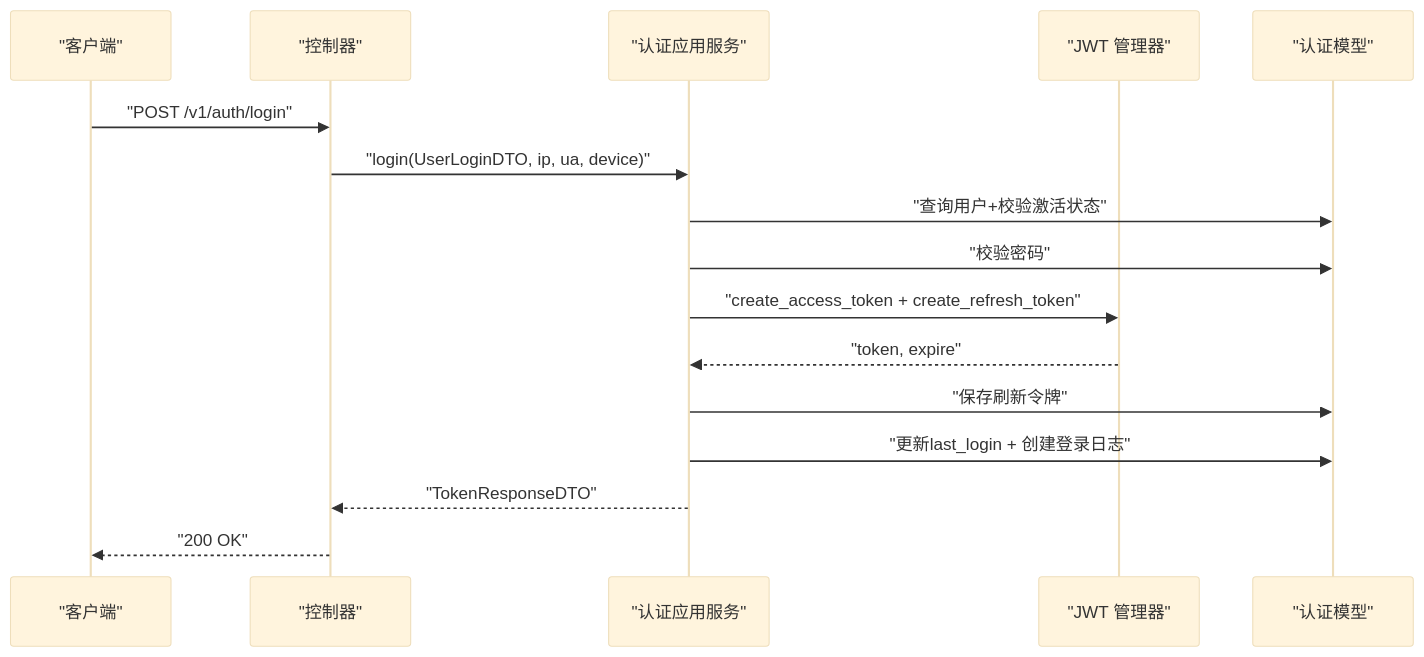
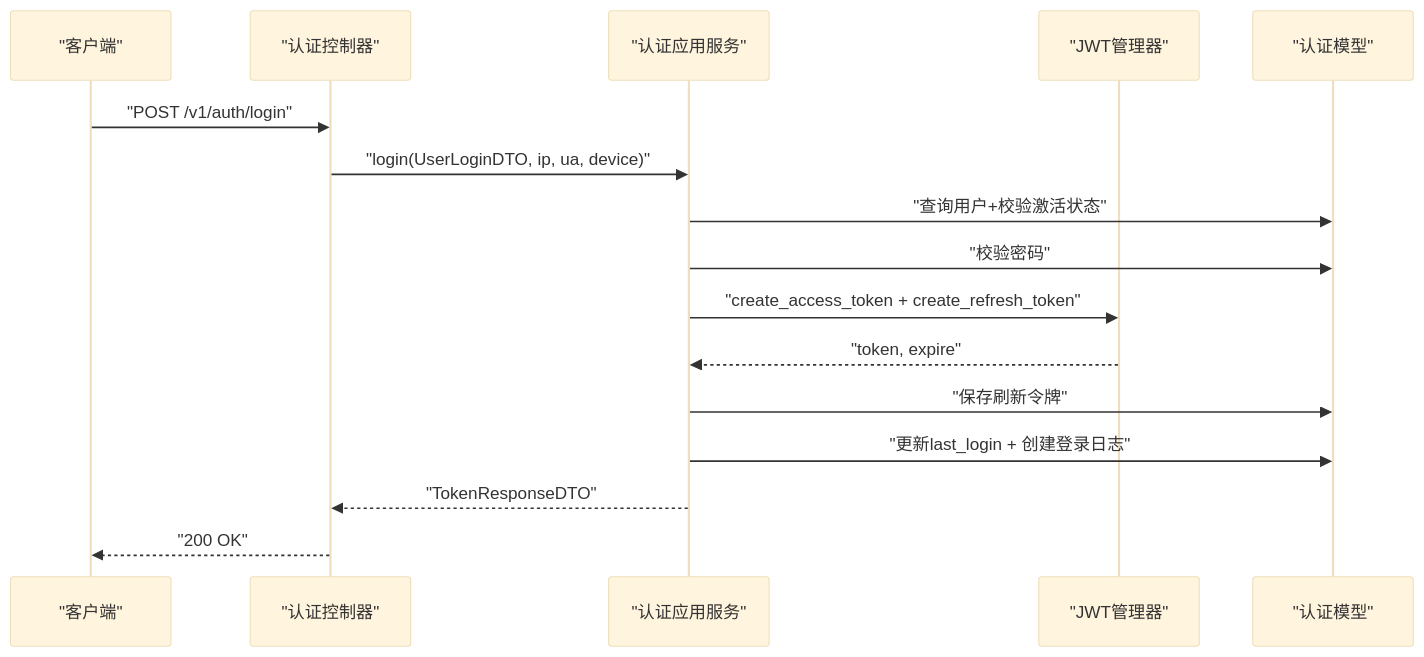
The third of 6 diagrams in .qoder/repowiki/zh/content/API 接口文档/认证接口.md (taoweidong/Hello-Django-Ninja-Api), drawn with Mermaid (base theme) before and after one commit. The commit also changed other lines of this file and 7 other files, not shown here.

````diff
--- a/.qoder/repowiki/zh/content/API 接口文档/认证接口.md
+++ b/.qoder/repowiki/zh/content/API 接口文档/认证接口.md
@@ -172,18 +143,18 @@
 ```mermaid
 sequenceDiagram
 participant Client as "客户端"
-participant Ctrl as "控制器"
+participant Ctrl as "认证控制器"
 participant Svc as "认证应用服务"
-participant JWT as "JWT 管理器"
+participant JWT as "JWT管理器"
 participant DB as "认证模型"
 Client->>Ctrl : "POST /v1/auth/login"
 Ctrl->>Svc : "login(UserLoginDTO, ip, ua, device)"
 Svc->>DB : "查询用户+校验激活状态"
 Svc->>DB : "校验密码"
 Svc->>JWT : "create_access_token + create_refresh_token"
 JWT-->>Svc : "token, expire"
 Svc->>DB : "保存刷新令牌"
 Svc->>DB : "更新last_login + 创建登录日志"
 Svc-->>Ctrl : "TokenResponseDTO"
 Ctrl-->>Client : "200 OK"
 ```
````
